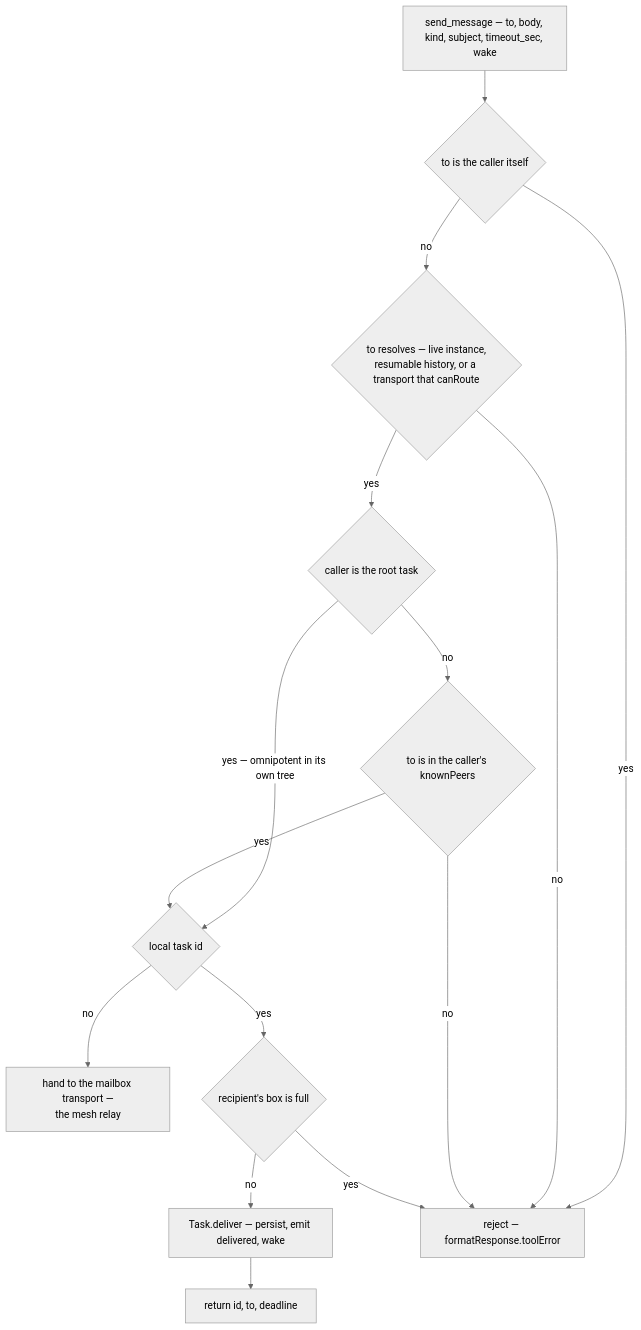
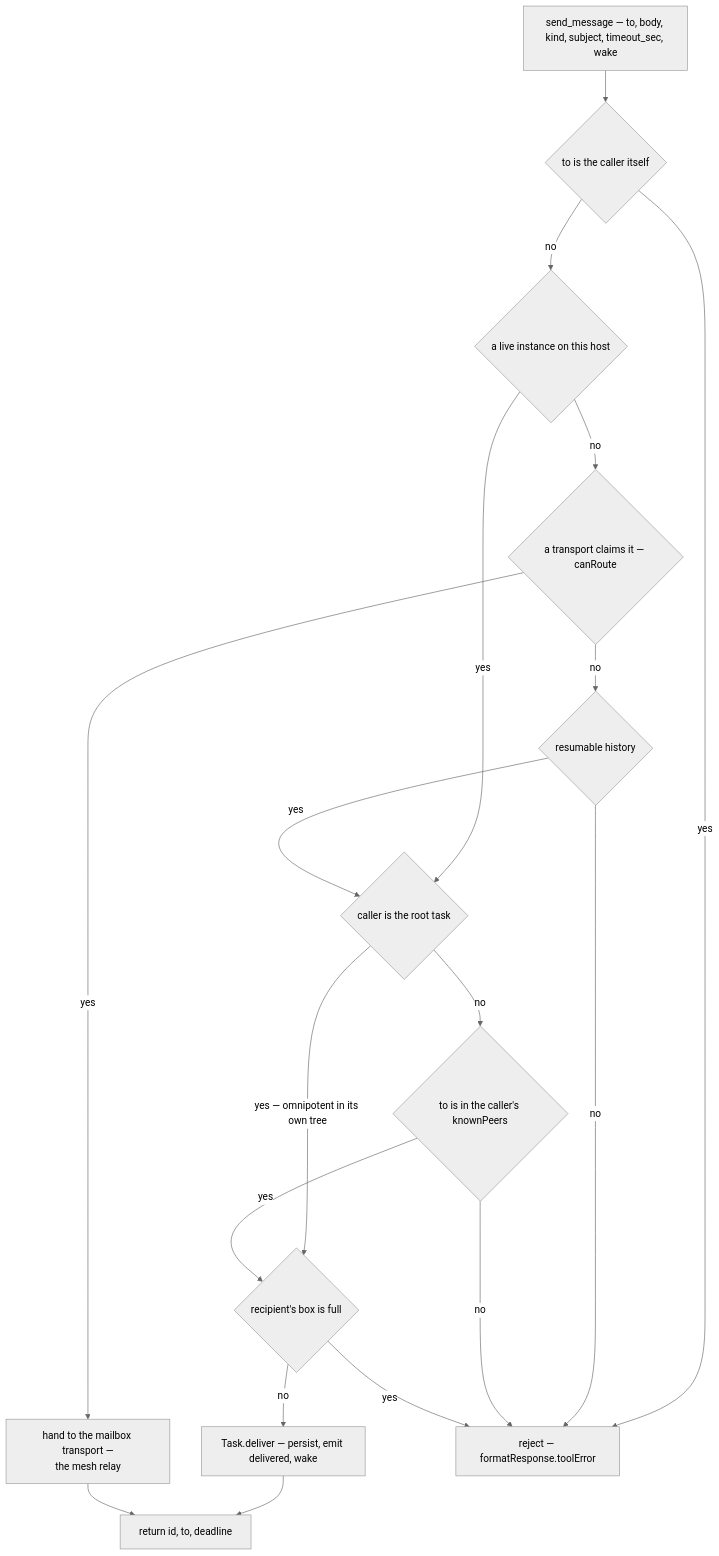
One commit to shofer-dev/shofer changed the second of 6 diagrams in docs/task_messaging.md. Above: the diagram before and after it, drawn with Mermaid (neutral theme). The commit also changed other lines of this file and 18 other files, not shown here.

````diff
--- a/docs/task_messaging.md
+++ b/docs/task_messaging.md
@@ -183,29 +204,33 @@
 ```mermaid
 flowchart TD
     S["send_message — to, body, kind, subject, timeout_sec, wake"]
     V1{"to is the caller itself"}
-    V2{"to resolves — live instance,<br/>resumable history, or a transport that canRoute"}
+    L1{"a live instance on this host"}
+    L2{"a transport claims it — canRoute"}
+    L3{"resumable history"}
     V3{"caller is the root task"}
     V4{"to is in the caller's knownPeers"}
-    LOC{"local task id"}
     TR["hand to the mailbox transport —<br/>the mesh relay"]
     CAP{"recipient's box is full"}
     D["Task.deliver — persist, emit delivered, wake"]
     OK["return id, to, deadline"]
     X["reject — formatResponse.toolError"]
 
     S --> V1
     V1 -->|yes| X
-    V1 -->|no| V2
-    V2 -->|no| X
-    V2 -->|yes| V3
-    V3 -->|"yes — omnipotent in its own tree"| LOC
+    V1 -->|no| L1
+    L1 -->|yes| V3
+    L1 -->|no| L2
+    L2 -->|yes| TR
+    L2 -->|no| L3
+    L3 -->|no| X
+    L3 -->|yes| V3
+    V3 -->|"yes — omnipotent in its own tree"| CAP
     V3 -->|no| V4
     V4 -->|no| X
-    V4 -->|yes| LOC
-    LOC -->|no| TR
-    LOC -->|yes| CAP
+    V4 -->|yes| CAP
     CAP -->|yes| X
     CAP -->|no| D
     D --> OK
+    TR --> OK
 ```
````
